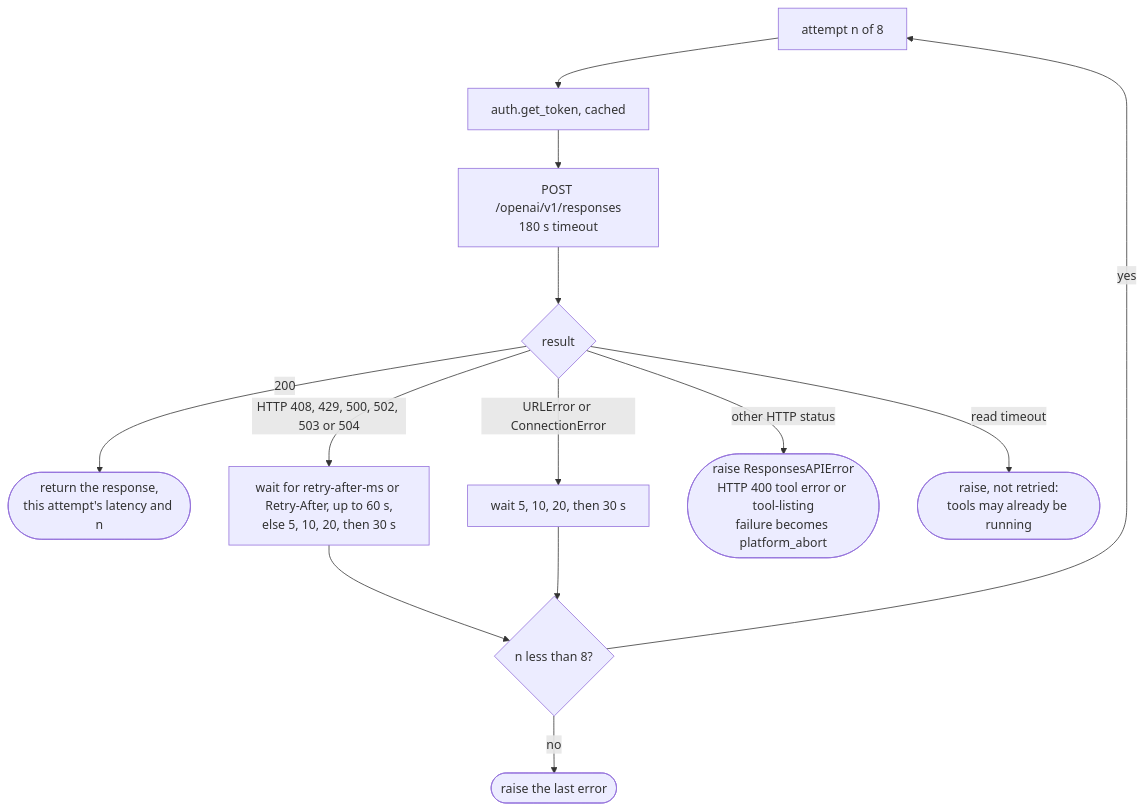
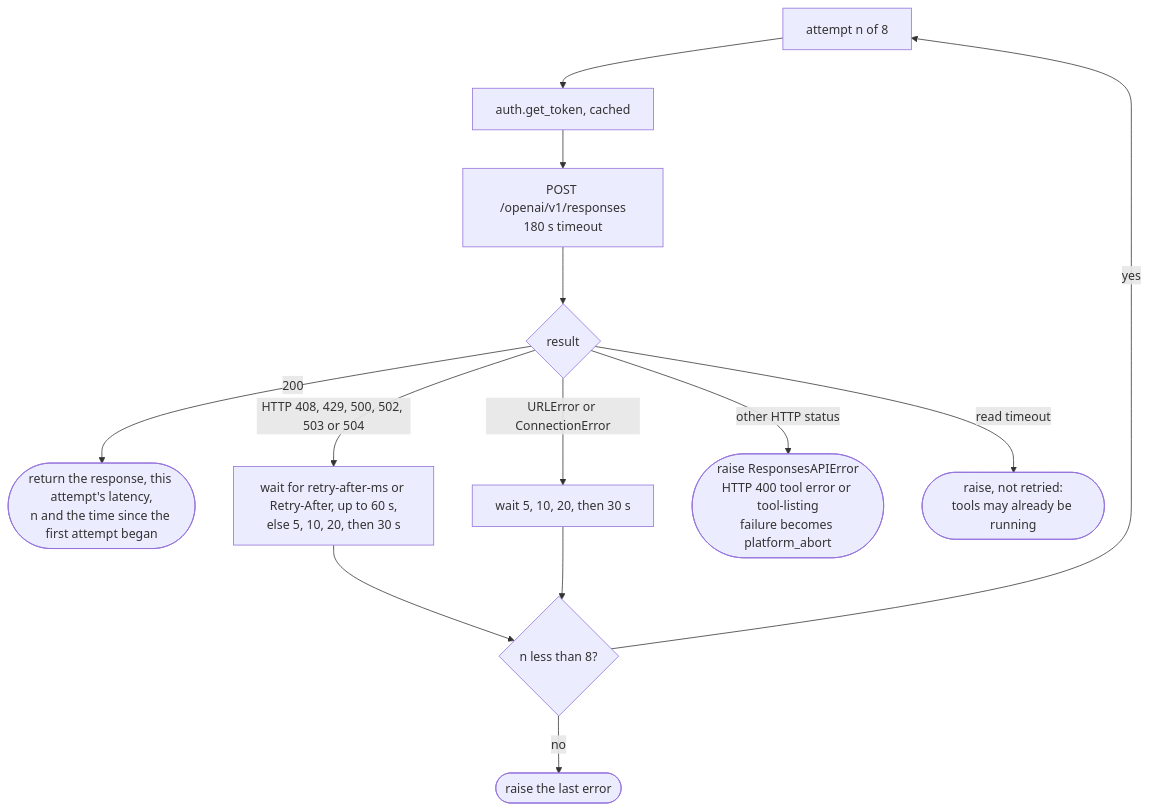
Before and after one commit to bradrlaw/foundryToolboxEval: the tenth of 17 diagrams in docs/architecture.md, drawn with Mermaid. The commit also changed other lines of this file and 13 other files, not shown here.

````diff
--- a/docs/architecture.md
+++ b/docs/architecture.md
@@ -461,14 +492,14 @@
 ```mermaid
 flowchart TD
     a["attempt n of 8"] --> tok["auth.get_token, cached"] --> post["POST /openai/v1/responses<br/>180 s timeout"]
     post --> r{"result"}
-    r -->|"200"| ok(["return the response,<br/>this attempt's latency and n"])
+    r -->|"200"| ok(["return the response, this attempt's latency,<br/>n and the time since the first attempt began"])
     r -->|"HTTP 408, 429, 500, 502, 503 or 504"| hint["wait for retry-after-ms or Retry-After, up to 60 s,<br/>else 5, 10, 20, then 30 s"]
     r -->|"URLError or ConnectionError"| back["wait 5, 10, 20, then 30 s"]
     r -->|"other HTTP status"| err(["raise ResponsesAPIError<br/>HTTP 400 tool error or tool-listing<br/>failure becomes platform_abort"])
     r -->|"read timeout"| tmo(["raise, not retried:<br/>tools may already be running"])
     hint --> more{"n less than 8?"}
     back --> more
     more -->|"yes"| a
     more -->|"no"| last(["raise the last error"])
 ```
````
